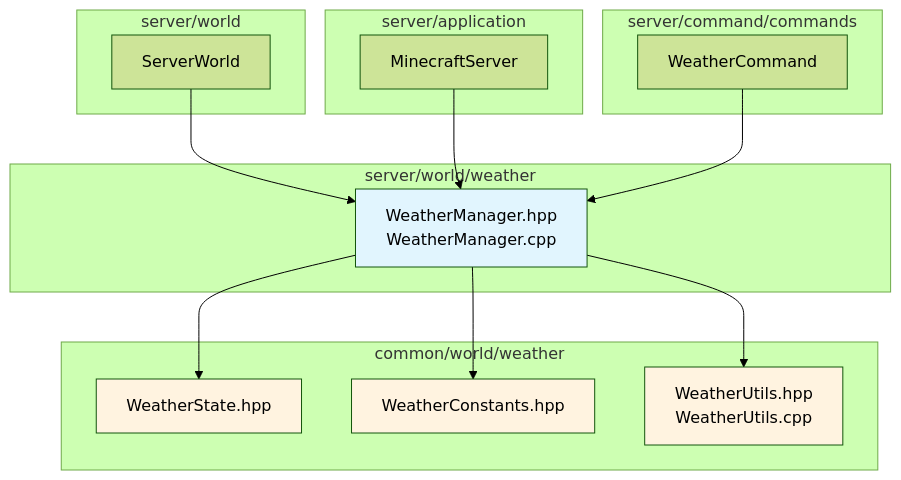
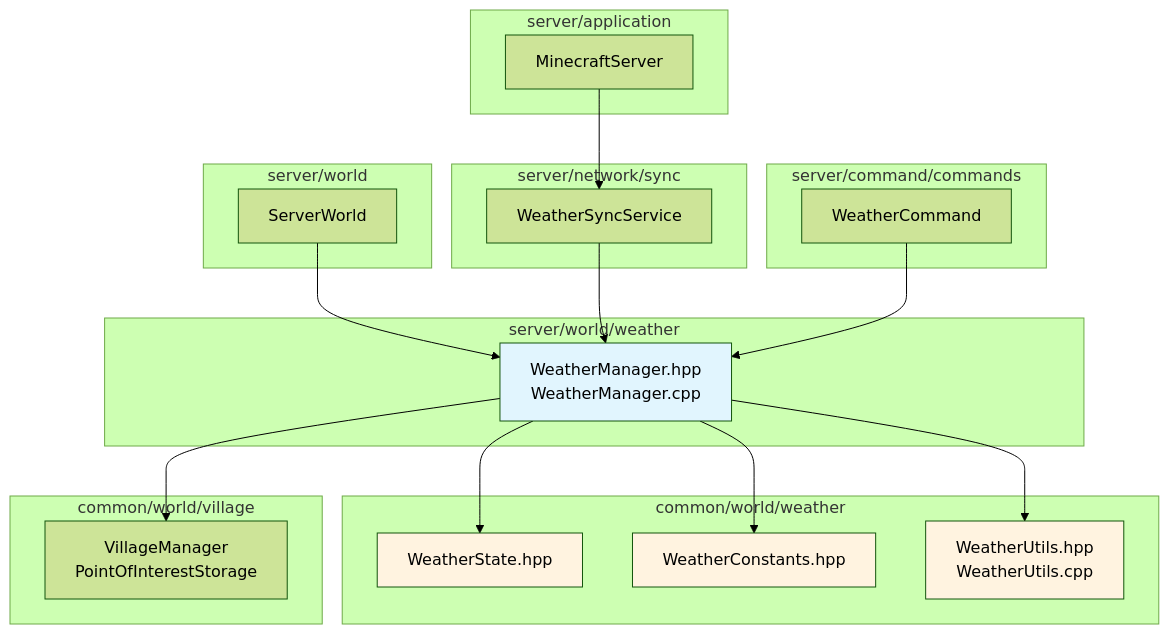
Before and after one commit to g122622/Cubium: the diagram in src/server/world/weather/README.md, drawn with Mermaid (forest theme). The commit also changed other lines of this file and 21 other files, not shown here.

````diff
--- a/src/server/world/weather/README.md
+++ b/src/server/world/weather/README.md
@@ -15,36 +15,46 @@
 ```mermaid
 graph TB
     subgraph server/world/weather
         WM[WeatherManager.hpp<br/>WeatherManager.cpp]
     end
 
     subgraph common/world/weather
         WS[WeatherState.hpp]
         WC[WeatherConstants.hpp]
         WU[WeatherUtils.hpp<br/>WeatherUtils.cpp]
     end
 
     subgraph server/world
         SW[ServerWorld]
     end
 
     subgraph server/application
         MS[MinecraftServer]
     end
 
+    subgraph server/network/sync
+        WSS[WeatherSyncService]
+    end
+
     subgraph server/command/commands
         WCMD[WeatherCommand]
+    end
+
+    subgraph common/world/village
+        VM[VillageManager<br/>PointOfInterestStorage]
     end
 
     WM --> WS
     WM --> WC
     WM --> WU
+    WM --> VM
     SW --> WM
-    MS --> WM
+    MS --> WSS
+    WSS --> WM
     WCMD --> WM
 
     style WM fill:#e1f5fe
     style WS fill:#fff3e0
     style WC fill:#fff3e0
     style WU fill:#fff3e0
 ```
````
